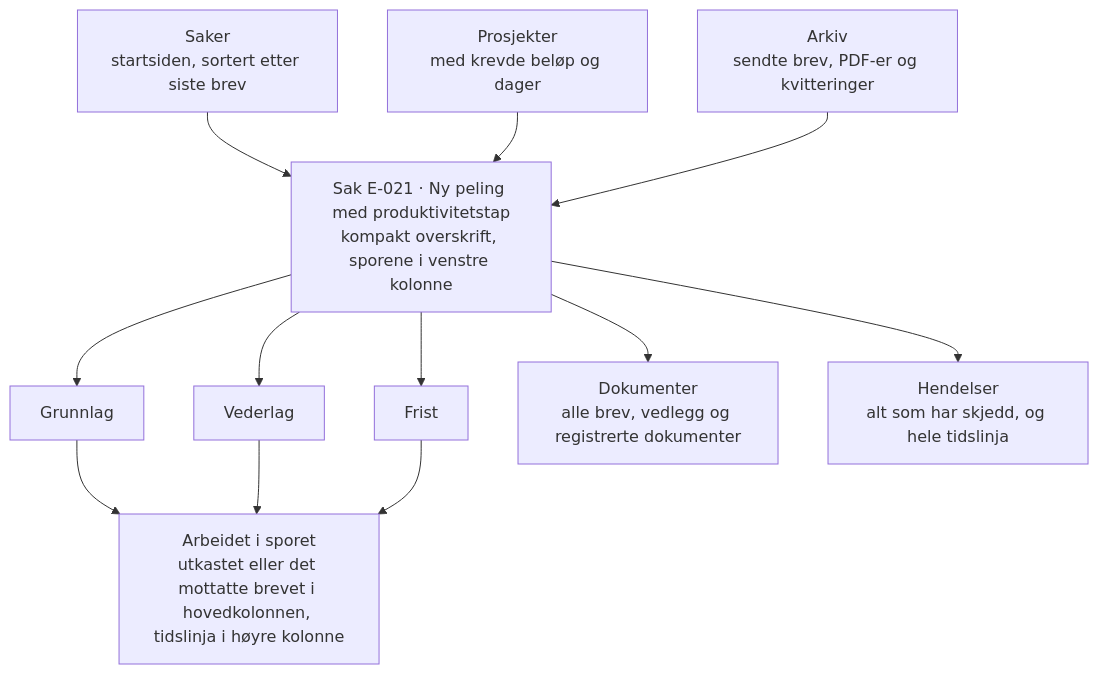
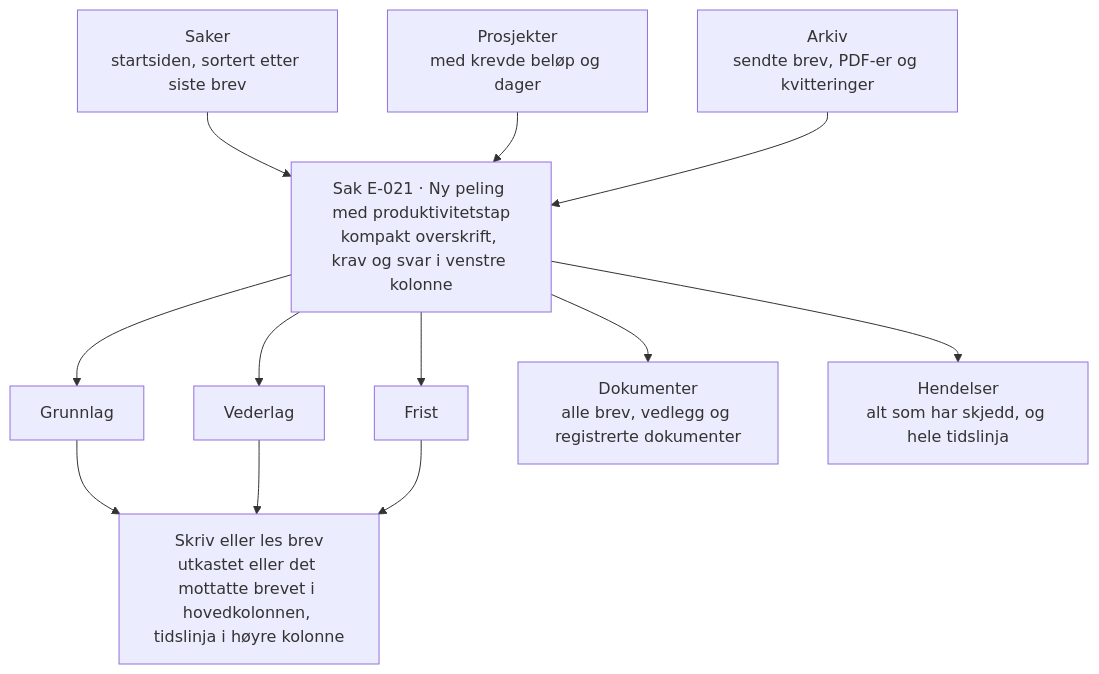
The diagram in docs/design/konsept-varden/README.md (khjohns/endringsmeldinger), drawn with Mermaid before and after one commit. The commit also changed other lines of this file and 27 other files, not shown here.

````diff
--- a/docs/design/konsept-varden/README.md
+++ b/docs/design/konsept-varden/README.md
@@ -112,14 +112,14 @@
 ```mermaid
 flowchart TD
   saker["Saker<br>startsiden, sortert etter siste brev"] --> sak
   prosjekter["Prosjekter<br>med krevde beløp og dager"] --> sak
   arkiv["Arkiv<br>sendte brev, PDF-er og kvitteringer"] --> sak
-  sak["Sak E-021 · Ny peling med produktivitetstap<br>kompakt overskrift, sporene i venstre kolonne"] --> grunnlag["Grunnlag"]
+  sak["Sak E-021 · Ny peling med produktivitetstap<br>kompakt overskrift, krav og svar i venstre kolonne"] --> grunnlag["Grunnlag"]
   sak --> vederlag["Vederlag"]
   sak --> frist["Frist"]
   sak --> dokumenter["Dokumenter<br>alle brev, vedlegg og registrerte dokumenter"]
   sak --> hendelser["Hendelser<br>alt som har skjedd, og hele tidslinja"]
-  grunnlag --> arbeid["Arbeidet i sporet<br>utkastet eller det mottatte brevet i hovedkolonnen, tidslinja i høyre kolonne"]
+  grunnlag --> arbeid["Skriv eller les brev<br>utkastet eller det mottatte brevet i hovedkolonnen, tidslinja i høyre kolonne"]
   vederlag --> arbeid
   frist --> arbeid
 ```
````
